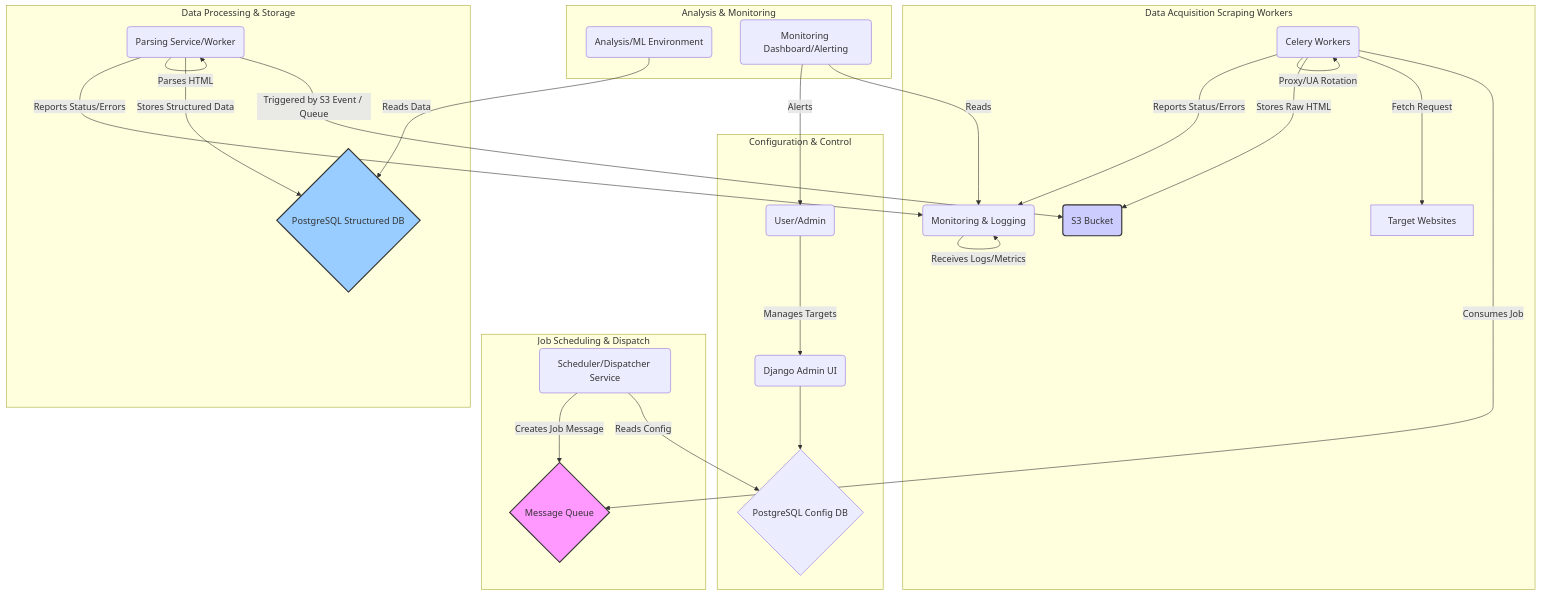
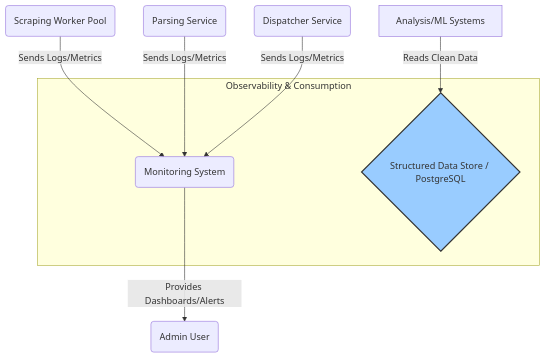
Before and after one commit to jryusuf/web_scraper: the sixth of 6 diagrams in project/docs/architecture/system_overview.md, drawn with Mermaid. The commit also changed other lines of this file, not shown here.

Commit message:
enrichment of system diagrams

````diff
--- a/project/docs/architecture/system_overview.md
+++ b/project/docs/architecture/system_overview.md
@@ -22,39 +170,25 @@
 ```mermaid
 graph TD
-    subgraph Configuration & Control
-        A(User/Admin) -->|Manages Targets| B(Django Admin UI);
-        B --> C{PostgreSQL Config DB};
+    %% Focused Subsystem
+    subgraph Observability & Consumption
+        L(Monitoring System);
+        J{Structured Data Store / PostgreSQL};
+        style J fill:#9cf,stroke:#333,stroke-width:2px;
     end
 
-    subgraph Job Scheduling & Dispatch
-        D(Scheduler/Dispatcher Service) -- Reads Config --> C;
-        D -- Creates Job Message --> E{Message Queue};
-        style E fill:#f9f,stroke:#333,stroke-width:2px;
-    end
+    %% Interacting Systems/Containers
+    A(Admin User)
+    F(Scraping Worker Pool);
+    I(Parsing Service);
+    D(Dispatcher Service);
+    AMS[Analysis/ML Systems];
 
-    subgraph Data Acquisition  Scraping Workers
-        F(Celery Workers) -- Consumes Job --> E;
-        F -- Fetch Request --> G[Target Websites];
-        F -- Proxy/UA Rotation --> F;
-        F -- Stores Raw HTML --> H(S3 Bucket);
-        style H fill:#ccf,stroke:#333,stroke-width:2px;
-        F -- Reports Status/Errors --> L(Monitoring & Logging);
-    end
+    %% Interactions
+    F -- Sends Logs/Metrics --> L;
+    I -- Sends Logs/Metrics --> L;
+    D -- Sends Logs/Metrics --> L;
+    %% B(Config Service) -- Sends Logs/Metrics --> L; 
 
-    subgraph Data Processing & Storage
-        I(Parsing Service/Worker) -- Triggered by S3 Event / Queue --> H;
-        I -- Parses HTML --> I;
-        I -- Stores Structured Data --> J{PostgreSQL Structured DB};
-        style J fill:#9cf,stroke:#333,stroke-width:2px;
-        I -- Reports Status/Errors --> L;
-    end
-
-    subgraph Analysis & Monitoring
-        K(Analysis/ML Environment) -- Reads Data --> J;
-        L -- Receives Logs/Metrics --> L;
-        M(Monitoring Dashboard/Alerting) -- Reads --> L;
-        M -- Alerts --> A;
-    end
-
-
+    L -- Provides Dashboards/Alerts --> A;
+    AMS -- Reads Clean Data --> J;
 ```
````
